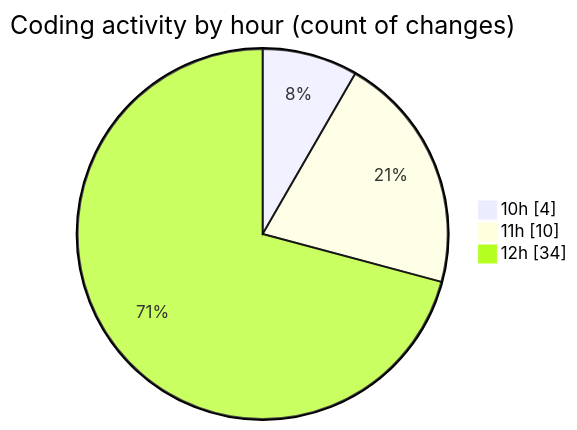
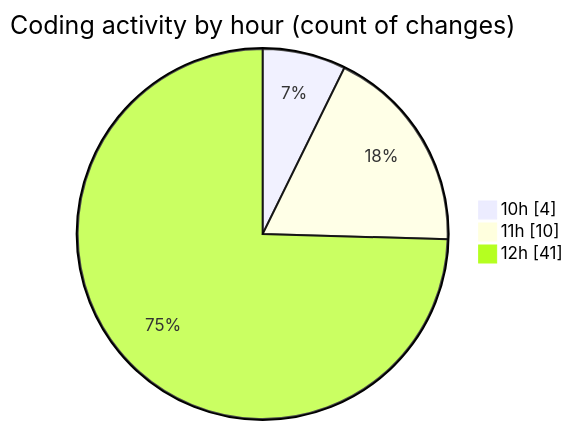
One commit to nxtqubesakshisongat/code-tracking changed the second of 2 diagrams in 2026-03-05/nxtqube_webapp/README.md. Above: the diagram before and after it, drawn with Mermaid. The commit also changed other lines of this file and 1 other file, not shown here.

````diff
--- a/2026-03-05/nxtqube_webapp/README.md
+++ b/2026-03-05/nxtqube_webapp/README.md
@@ -29,7 +29,7 @@
 ```mermaid
 pie showData
 title Coding activity by hour (count of changes)
 "10h" : 4
 "11h" : 10
-"12h" : 34
+"12h" : 41
 ```
````
